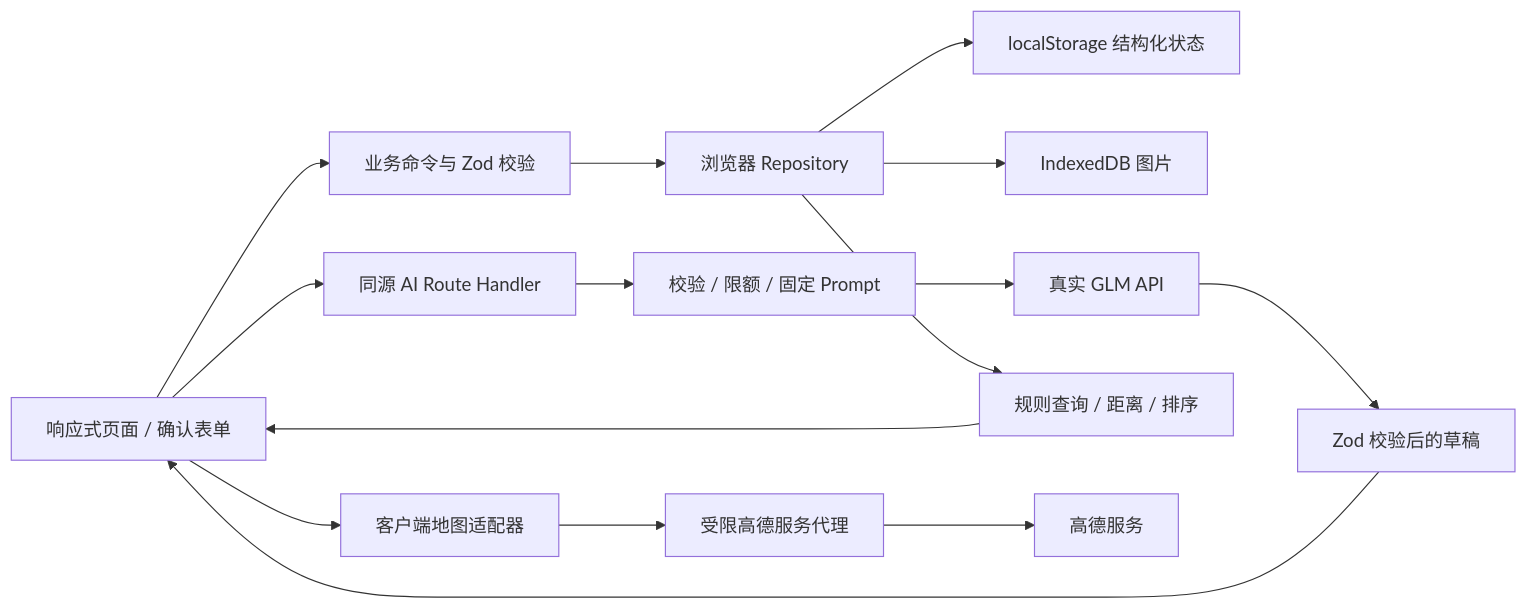
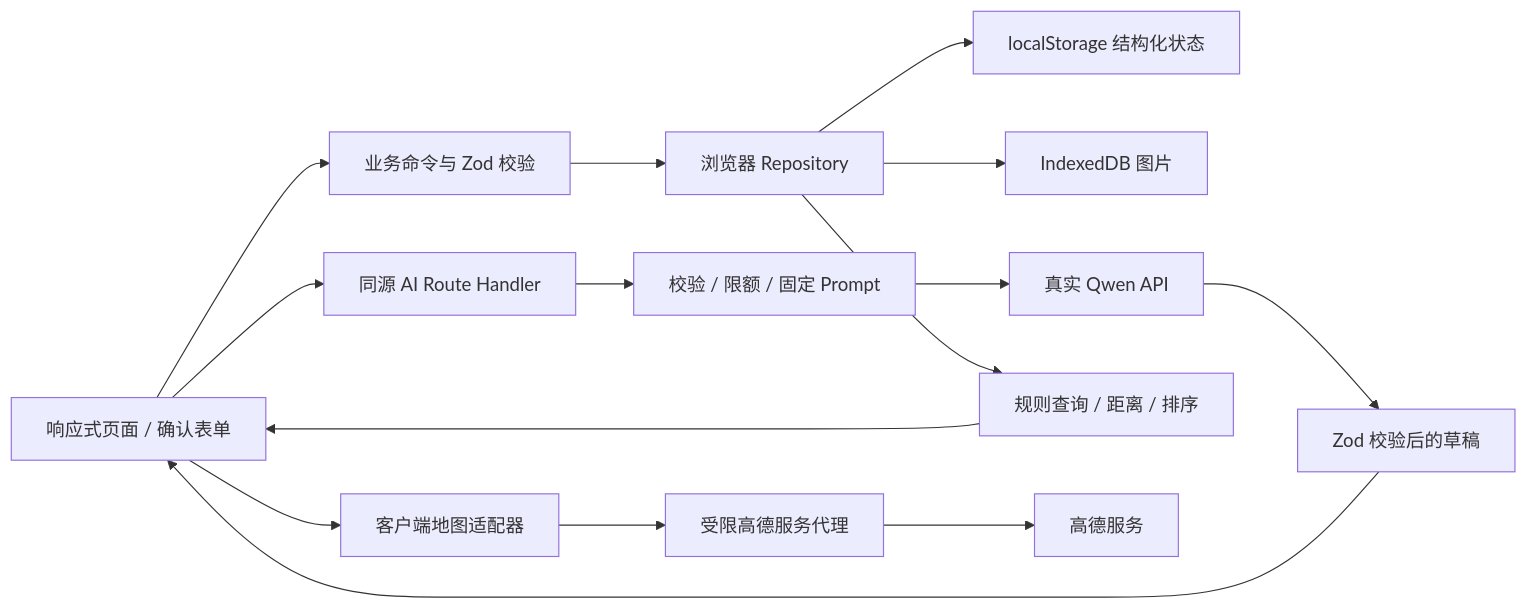
One commit to cagedb1rd/PawMeet changed the diagram in docs/ARCHITECTURE.md. Above: the diagram before and after it, drawn with Mermaid. The commit also changed other lines of this file and 52 other files, not shown here.

````diff
--- a/docs/ARCHITECTURE.md
+++ b/docs/ARCHITECTURE.md
@@ -21,17 +21,17 @@
 ```mermaid
 flowchart LR
   UI[响应式页面 / 确认表单] --> CMD[业务命令与 Zod 校验]
   CMD --> STORE[浏览器 Repository]
   STORE --> LS[localStorage 结构化状态]
   STORE --> IDB[IndexedDB 图片]
   UI --> PARSE[同源 AI Route Handler]
   PARSE --> GUARD[校验 / 限额 / 固定 Prompt]
-  GUARD --> GLM[真实 GLM API]
-  GLM --> DRAFT[Zod 校验后的草稿]
+  GUARD --> Qwen[真实 Qwen API]
+  Qwen --> DRAFT[Zod 校验后的草稿]
   DRAFT --> UI
   STORE --> QUERY[规则查询 / 距离 / 排序]
   QUERY --> UI
   UI --> MAP[客户端地图适配器]
   MAP --> PROXY[受限高德服务代理]
   PROXY --> AMAP[高德服务]
 ```
````
